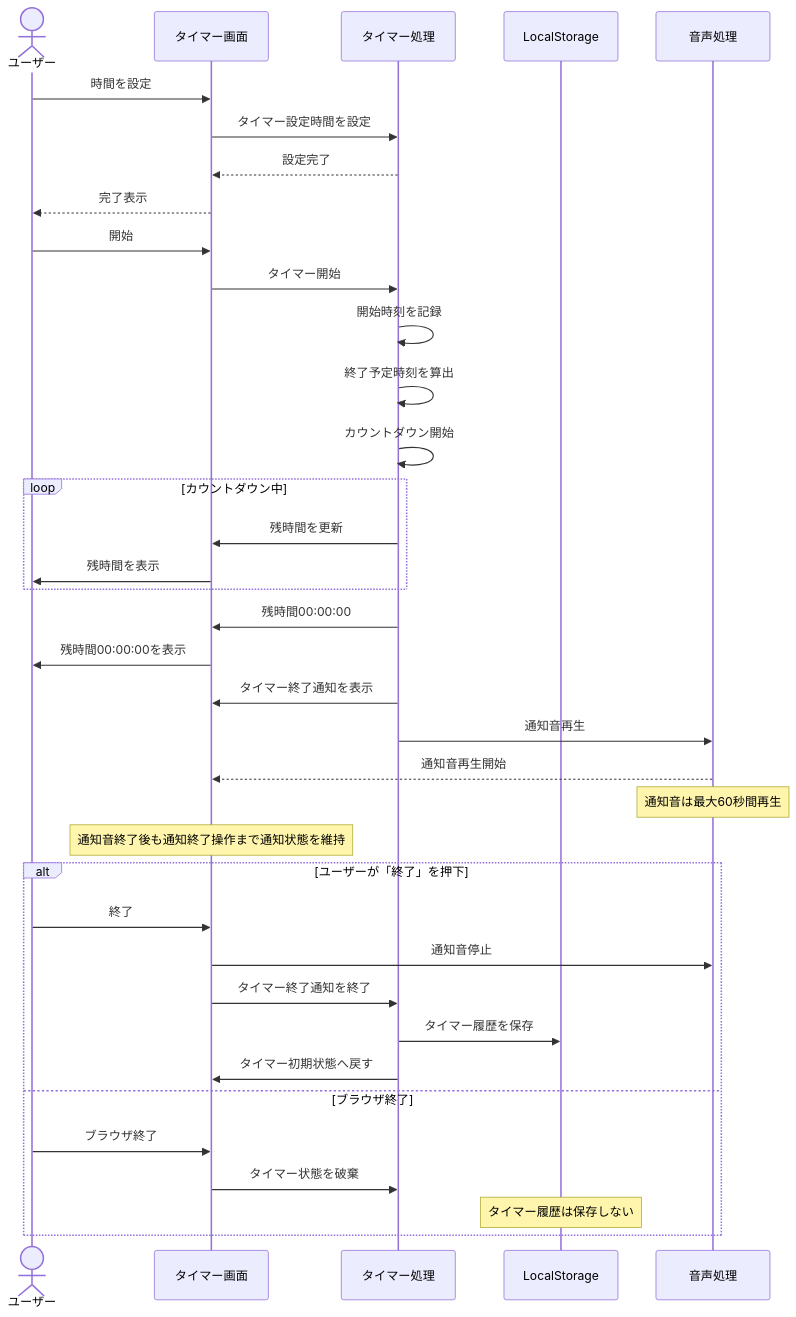
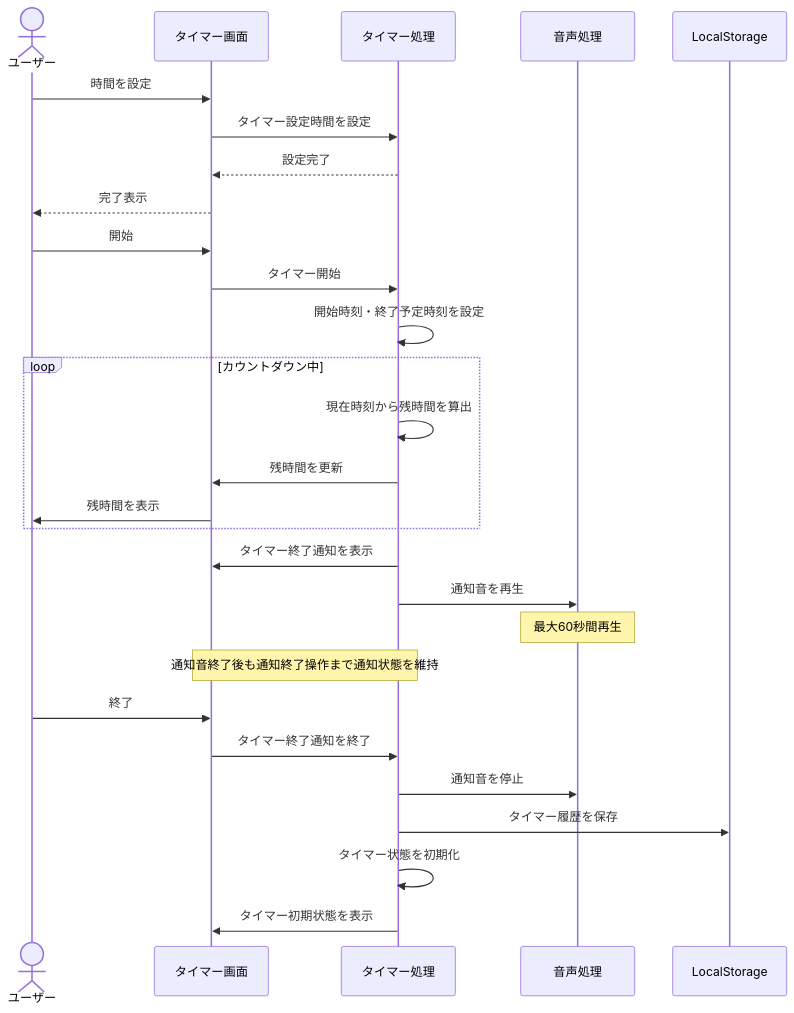
Before and after one commit to shun62201234-crypto/timerApplication: the first of 6 diagrams in document/設計/シーケンス図/タイマーシーケンス図.md, drawn with Mermaid. The commit also changed other lines of this file, not shown here.

Commit message:
タイマーシーケンス図修正

````diff
--- a/document/設計/シーケンス図/タイマーシーケンス図.md
+++ b/document/設計/シーケンス図/タイマーシーケンス図.md
@@ -5,46 +3,38 @@
 ```mermaid
 sequenceDiagram
     actor ユーザー
     participant UI as タイマー画面
     participant Timer as タイマー処理
+    participant Audio as 音声処理
     participant Storage as LocalStorage
-    participant Audio as 音声処理
 
     ユーザー->>UI: 時間を設定
     UI->>Timer: タイマー設定時間を設定
     Timer-->>UI: 設定完了
     UI-->>ユーザー: 完了表示
 
     ユーザー->>UI: 開始
     UI->>Timer: タイマー開始
-    Timer->>Timer: 開始時刻を記録
-    Timer->>Timer: 終了予定時刻を算出
-    Timer->>Timer: カウントダウン開始
+    Timer->>Timer: 開始時刻・終了予定時刻を設定
 
     loop カウントダウン中
+        Timer->>Timer: 現在時刻から残時間を算出
         Timer->>UI: 残時間を更新
         UI->>ユーザー: 残時間を表示
     end
 
+    Timer->>UI: タイマー終了通知を表示
+    Timer->>Audio: 通知音を再生
 
-    Timer->>UI: 残時間00:00:00
-    UI->>ユーザー:残時間00:00:00を表示
-    Timer->>UI: タイマー終了通知を表示
-    Timer->>Audio: 通知音再生
-    Audio-->>UI: 通知音再生開始
+    Note over Audio: 最大60秒間再生
+    Note over Timer,UI: 通知音終了後も通知終了操作まで通知状態を維持
 
-    Note over Audio: 通知音は最大60秒間再生
-    Note over UI: 通知音終了後も通知終了操作まで通知状態を維持
+    ユーザー->>UI: 終了
+    UI->>Timer: タイマー終了通知を終了
 
-    alt ユーザーが「終了」を押下
-        ユーザー->>UI: 終了
-        UI->>Audio: 通知音停止
-        UI->>Timer: タイマー終了通知を終了
-        Timer->>Storage: タイマー履歴を保存
-        Timer->>UI: タイマー初期状態へ戻す
-    else ブラウザ終了
-        ユーザー->>UI: ブラウザ終了
-        UI->>Timer: タイマー状態を破棄
-        Note over Storage: タイマー履歴は保存しない
-    end
+    Timer->>Audio: 通知音を停止
+    Timer->>Storage: タイマー履歴を保存
+
+    Timer->>Timer: タイマー状態を初期化
+    Timer->>UI: タイマー初期状態を表示
 ```
````
